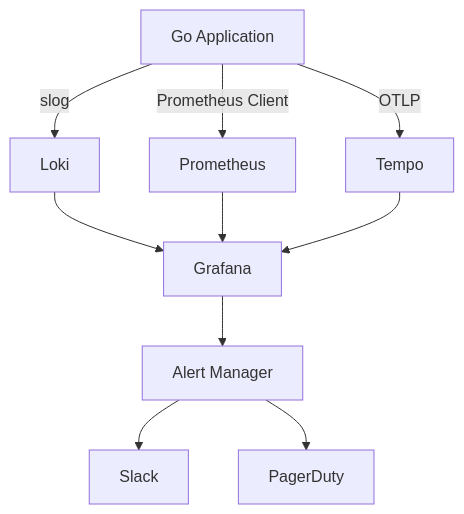
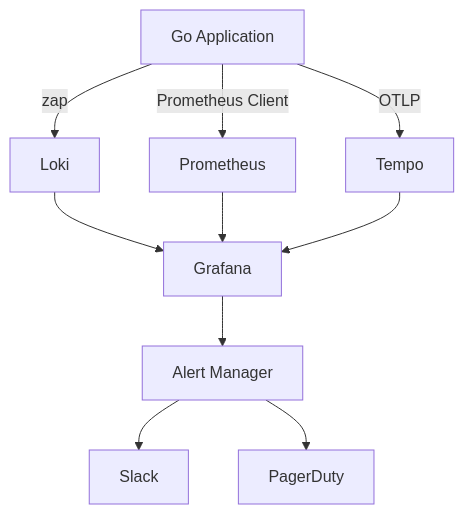
One commit to KimSeogyu/KimSeogyu.github.io changed the sixth of 7 diagrams in src/content/backend/go/enterprise-go-8-observability.md. Above: the diagram before and after it, drawn with Mermaid. The commit also changed other lines of this file and 2 other files, not shown here.

````diff
--- a/src/content/backend/go/enterprise-go-8-observability.md
+++ b/src/content/backend/go/enterprise-go-8-observability.md
@@ -182,16 +206,16 @@
 ```mermaid
 graph TB
     APP[Go Application]
     
-    APP -->|slog| LOKI[Loki]
+    APP -->|zap| LOKI[Loki]
     APP -->|Prometheus Client| PROM[Prometheus]
     APP -->|OTLP| TEMPO[Tempo]
     
     LOKI --> GRAFANA[Grafana]
     PROM --> GRAFANA
     TEMPO --> GRAFANA
     
     GRAFANA --> ALERT[Alert Manager]
     ALERT --> SLACK[Slack]
     ALERT --> PAGER[PagerDuty]
 ```
````
